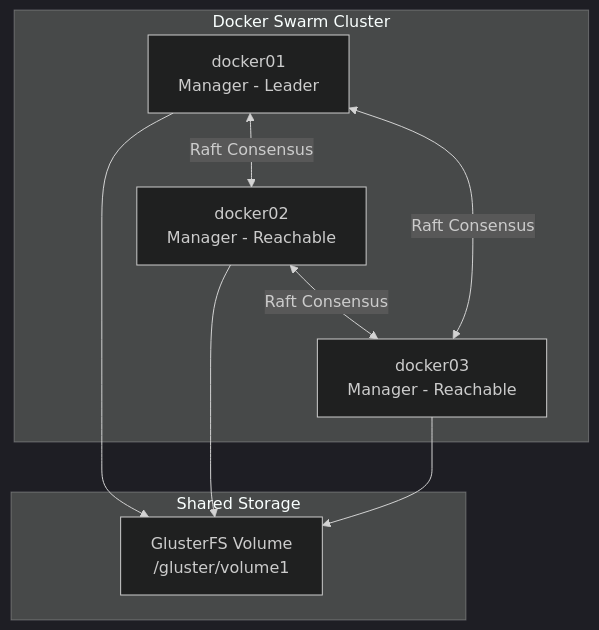
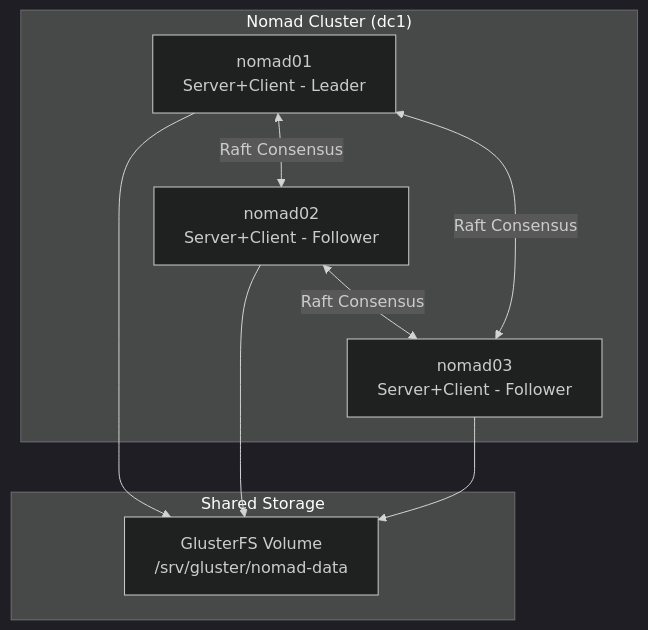
The third of 9 diagrams in docs/architecture/service-relationships.md (jknyght9/proxmox-lab), drawn with Mermaid (dark theme) before and after one commit. The commit also changed other lines of this file and 21 other files, not shown here.

````diff
--- a/docs/architecture/service-relationships.md
+++ b/docs/architecture/service-relationships.md
@@ -116,20 +129,20 @@
 ```mermaid
 graph TB
-    subgraph swarm["Docker Swarm Cluster"]
-        D1[docker01<br/>Manager - Leader]
-        D2[docker02<br/>Manager - Reachable]
-        D3[docker03<br/>Manager - Reachable]
+    subgraph nomad["Nomad Cluster (dc1)"]
+        N1[nomad01<br/>Server+Client - Leader]
+        N2[nomad02<br/>Server+Client - Follower]
+        N3[nomad03<br/>Server+Client - Follower]
 
-        D1 <-->|Raft Consensus| D2
-        D2 <-->|Raft Consensus| D3
-        D3 <-->|Raft Consensus| D1
+        N1 <-->|Raft Consensus| N2
+        N2 <-->|Raft Consensus| N3
+        N3 <-->|Raft Consensus| N1
     end
 
     subgraph storage["Shared Storage"]
-        GFS[GlusterFS Volume<br/>/gluster/volume1]
+        GFS[GlusterFS Volume<br/>/srv/gluster/nomad-data]
     end
 
-    D1 --> GFS
-    D2 --> GFS
-    D3 --> GFS
+    N1 --> GFS
+    N2 --> GFS
+    N3 --> GFS
 ```
````
